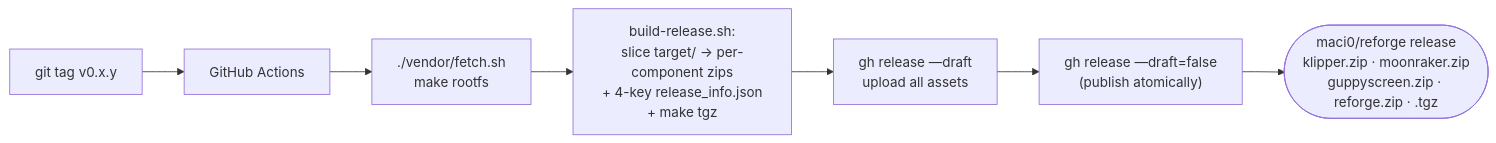
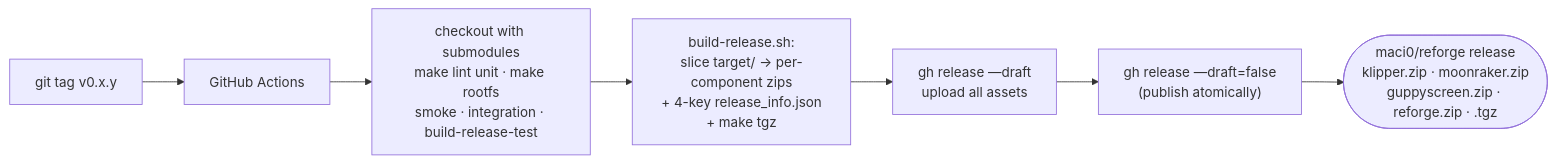
One commit to maci0/reforge changed the first of 3 diagrams in docs/ota.md. Above: the diagram before and after it, drawn with Mermaid. The commit also changed other lines of this file and 105 other files, not shown here.

````diff
--- a/docs/ota.md
+++ b/docs/ota.md
@@ -37,9 +46,9 @@
 ```mermaid
 flowchart LR
     A[git tag v0.x.y] --> B[GitHub Actions]
-    B --> C["./vendor/fetch.sh<br/>make rootfs"]
+    B --> C["checkout with submodules<br/>make lint unit · make rootfs<br/>smoke · integration · build-release-test"]
     C --> D["build-release.sh:<br/>slice target/ → per-component zips<br/>+ 4-key release_info.json<br/>+ make tgz"]
     D --> E["gh release —draft<br/>upload all assets"]
     E --> F["gh release —draft=false<br/>(publish atomically)"]
     F --> G(["maci0/reforge release<br/>klipper.zip · moonraker.zip<br/>guppyscreen.zip · reforge.zip · .tgz"])
 ```
````
